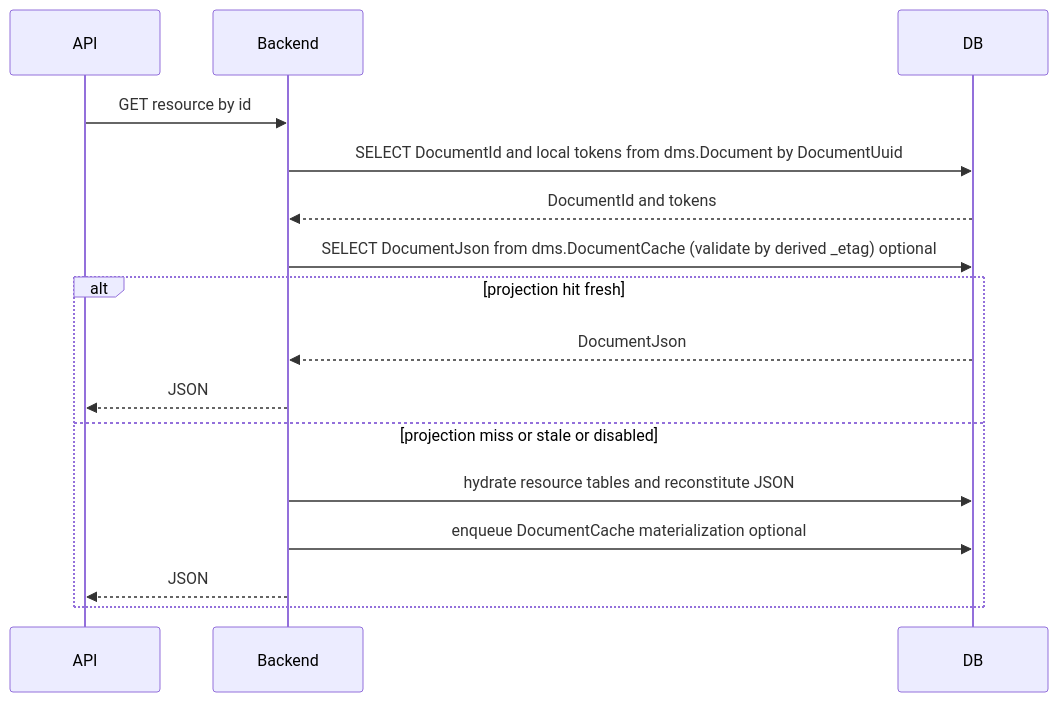
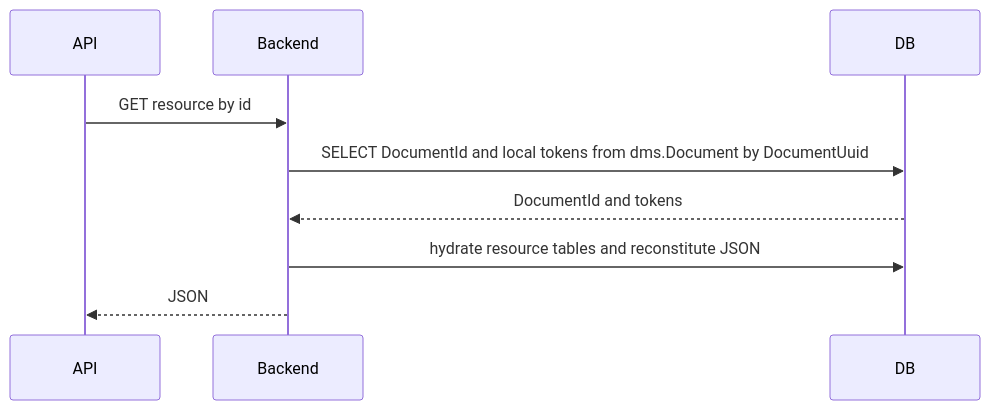
Before and after one commit to Ed-Fi-Alliance-OSS/Data-Management-Service: the second of 2 diagrams in reference/design/backend-redesign/transactions-and-concurrency.md, drawn with Mermaid. The commit also changed other lines of this file and 12 other files, not shown here.

````diff
--- a/reference/design/backend-redesign/transactions-and-concurrency.md
+++ b/reference/design/backend-redesign/transactions-and-concurrency.md
@@ -844,20 +774,13 @@
 ```mermaid
 sequenceDiagram
   participant API
   participant Backend
   participant DB
 
   API->>Backend: GET resource by id
   Backend->>DB: SELECT DocumentId and local tokens from dms.Document by DocumentUuid
   DB-->>Backend: DocumentId and tokens
 
-  Backend->>DB: SELECT DocumentJson from dms.DocumentCache (validate by derived _etag) optional
-  alt projection hit fresh
-    DB-->>Backend: DocumentJson
-    Backend-->>API: JSON
-  else projection miss or stale or disabled
-    Backend->>DB: hydrate resource tables and reconstitute JSON
-    Backend->>DB: enqueue DocumentCache materialization optional
-    Backend-->>API: JSON
-  end
+  Backend->>DB: hydrate resource tables and reconstitute JSON
+  Backend-->>API: JSON
 ```
````
